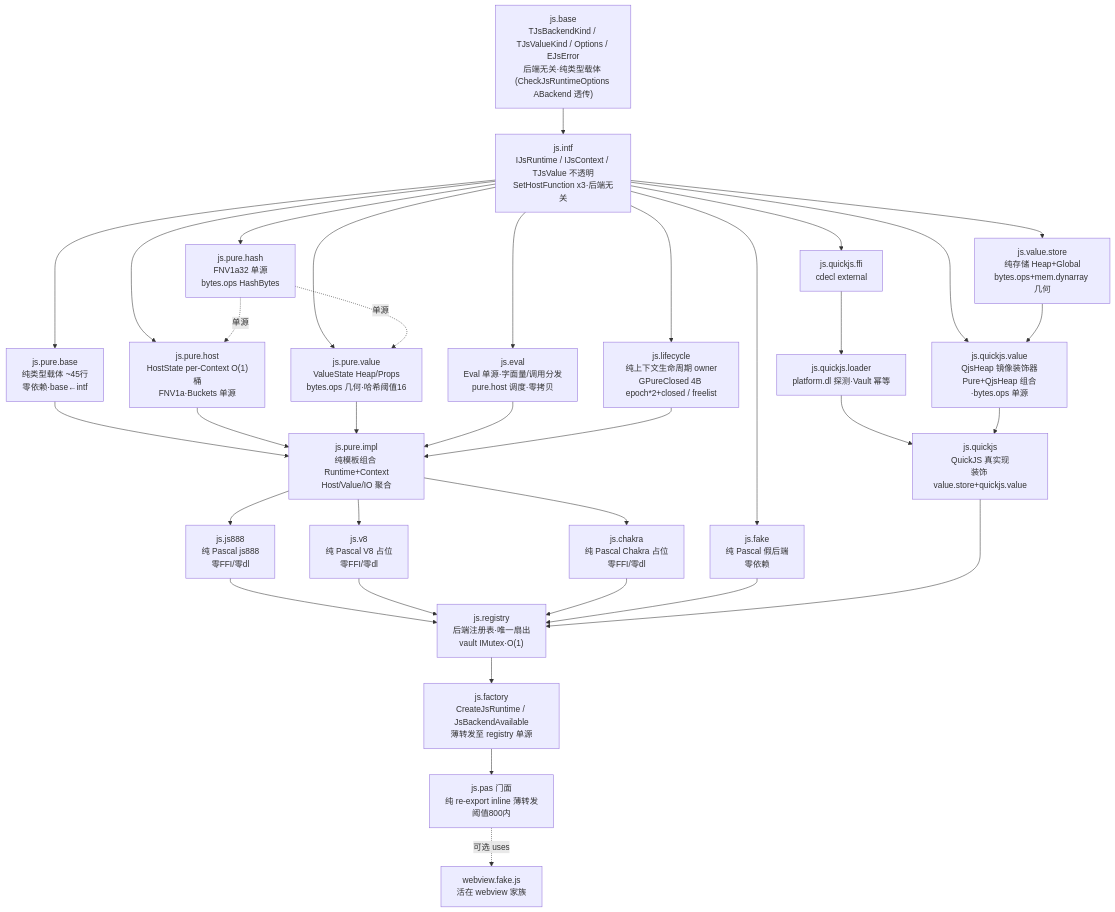
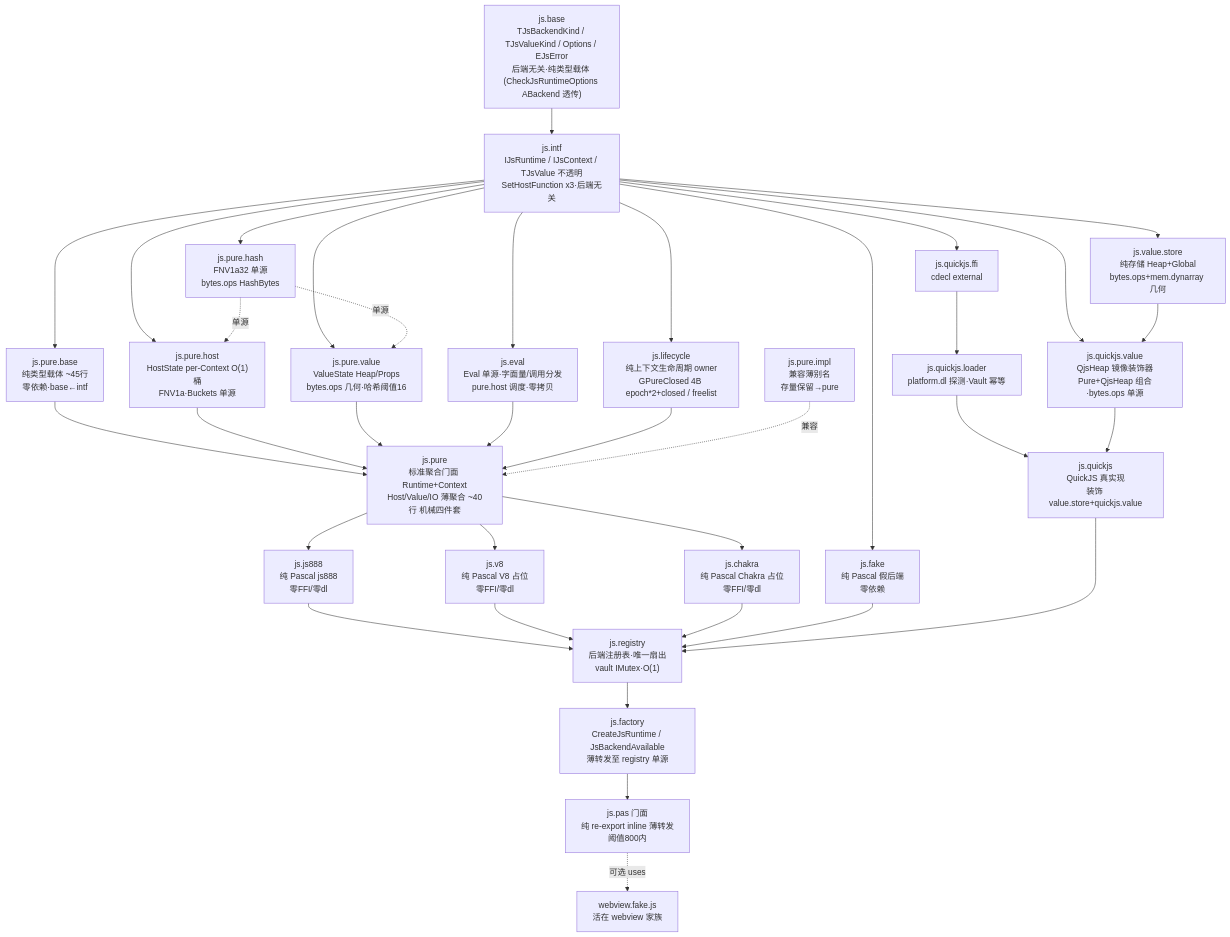
Before and after one commit to dtamade/nextPas: the diagram in core/docs/js/DESIGN.md, drawn with Mermaid. The commit also changed other lines of this file and 14 other files, not shown here.

````diff
--- a/core/docs/js/DESIGN.md
+++ b/core/docs/js/DESIGN.md
@@ -9,49 +9,51 @@
 ```mermaid
 flowchart TB
   base["js.base<br/>TJsBackendKind / TJsValueKind / Options / EJsError<br/>后端无关·纯类型载体 (CheckJsRuntimeOptions ABackend 透传)"]
   intf["js.intf<br/>IJsRuntime / IJsContext / TJsValue 不透明<br/>SetHostFunction x3·后端无关"]
   lifecycle["js.lifecycle<br/>纯上下文生命周期 owner<br/>GPureClosed 4B epoch*2+closed / freelist"]
   vstore["js.value.store<br/>纯存储 Heap+Global<br/>bytes.ops+mem.dynarray 几何"]
   qvalue["js.quickjs.value<br/>QjsHeap 镜像装饰器<br/>Pure+QjsHeap 组合·bytes.ops 单源"]
   fake["js.fake<br/>纯 Pascal 假后端<br/>零依赖"]
   ffi["js.quickjs.ffi<br/>cdecl external"]
   loader["js.quickjs.loader<br/>platform.dl 探测·Vault 幂等"]
   qjs["js.quickjs<br/>QuickJS 真实现<br/>装饰 value.store+quickjs.value"]
   phost["js.pure.host<br/>HostState per-Context O(1)桶<br/>FNV1a·Buckets 单源"]
   pvalue["js.pure.value<br/>ValueState Heap/Props<br/>bytes.ops 几何·哈希阈值16"]
   phash["js.pure.hash<br/>FNV1a32 单源<br/>bytes.ops HashBytes"]
   eval["js.eval<br/>Eval 单源·字面量/调用分发<br/>pure.host 调度·零拷贝"]
   pbase["js.pure.base<br/>纯类型载体 ~45行<br/>零依赖·base←intf"]
-  pimpl["js.pure.impl<br/>纯模板组合 Runtime+Context<br/>Host/Value/IO 聚合"]
+  ppure["js.pure<br/>标准聚合门面 Runtime+Context<br/>Host/Value/IO 薄聚合 ~40行 机械四件套"]
+  pimpl["js.pure.impl<br/>兼容薄别名<br/>存量保留→pure"]
   js888["js.js888<br/>纯 Pascal js888<br/>零FFI/零dl"]
   v8["js.v8<br/>纯 Pascal V8 占位<br/>零FFI/零dl"]
   chakra["js.chakra<br/>纯 Pascal Chakra 占位<br/>零FFI/零dl"]
   registry["js.registry<br/>后端注册表·唯一扇出<br/>vault IMutex·O(1)"]
   factory["js.factory<br/>CreateJsRuntime / JsBackendAvailable<br/>薄转发至 registry 单源"]
   facade["js.pas 门面<br/>纯 re-export inline 薄转发<br/>阈值800内"]
   base --> intf
   intf --> lifecycle
   intf --> vstore
   intf --> qvalue
   intf --> fake
   intf --> ffi --> loader --> qjs
   intf --> phost
   intf --> pvalue
   intf --> phash
   intf --> eval
-  intf --> pbase --> pimpl
-  phost --> pimpl
-  pvalue --> pimpl
+  intf --> pbase --> ppure
+  phost --> ppure
+  pvalue --> ppure
   phash -. 单源 .-> phost
   phash -. 单源 .-> pvalue
-  eval --> pimpl
-  lifecycle --> pimpl
+  eval --> ppure
+  lifecycle --> ppure
   vstore --> qvalue --> qjs
-  pimpl --> js888 --> registry
-  pimpl --> v8 --> registry
-  pimpl --> chakra --> registry
+  ppure --> js888 --> registry
+  ppure --> v8 --> registry
+  ppure --> chakra --> registry
+  pimpl -. 兼容 .-> ppure
   fake --> registry
   qjs --> registry
   registry --> factory --> facade
   facade -. "可选 uses" .-> webview["webview.fake.js<br/>活在 webview 家族"]
 ```
````
